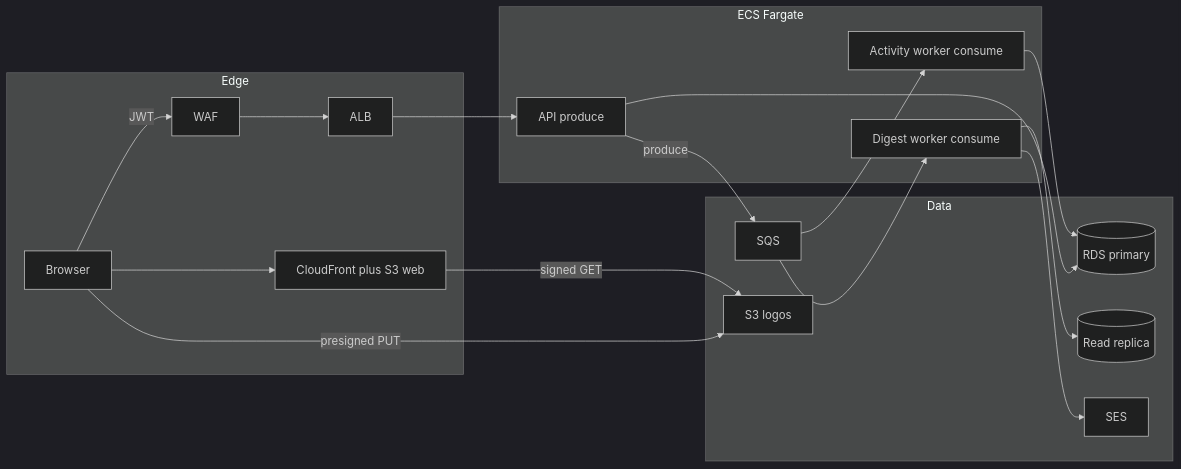
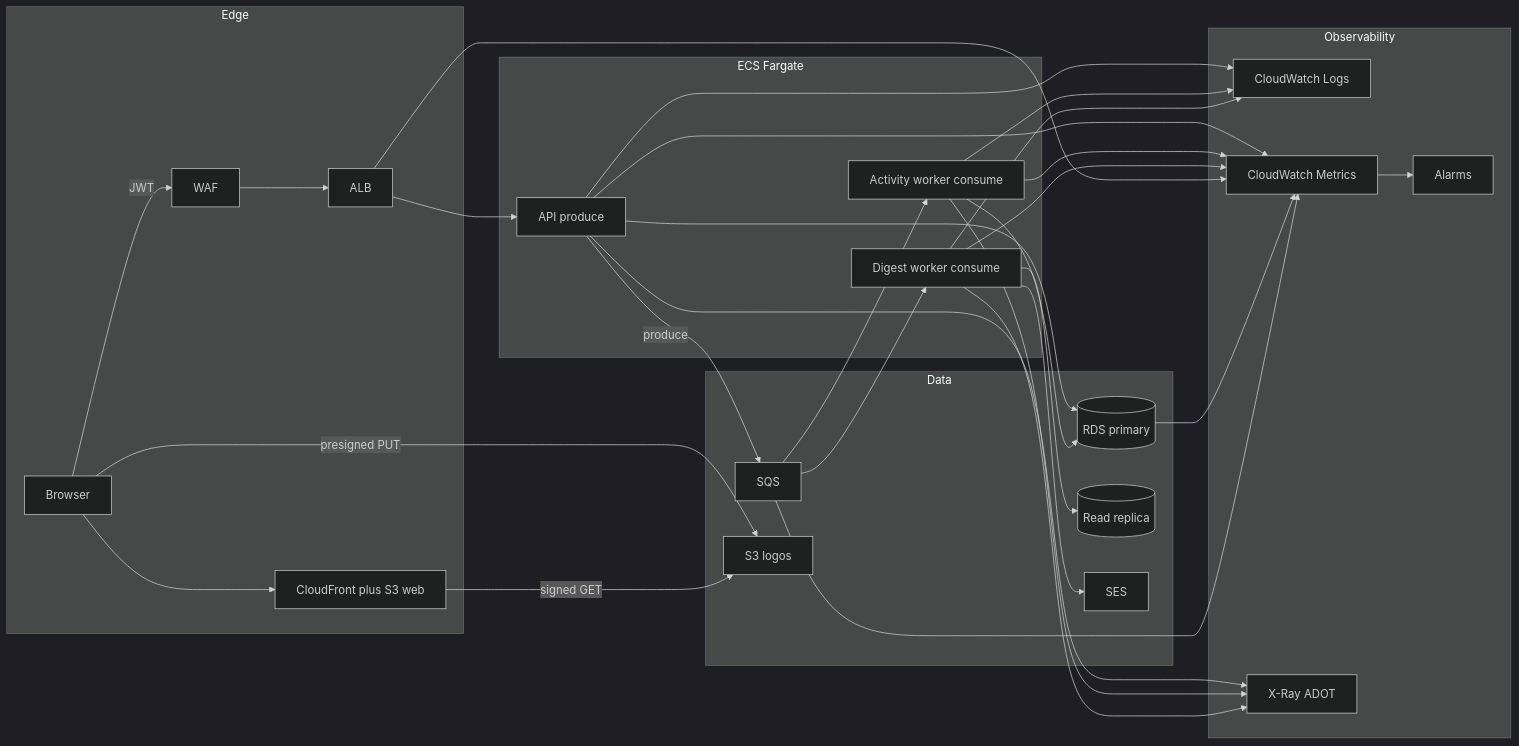
The first of 8 diagrams in docs/flows.md (mashaole/multitenant), drawn with Mermaid (dark theme) before and after one commit. The commit also changed other lines of this file, not shown here.

Commit message:
docs: expand observability section in flows.md
Add a new subgraph for observability components, including CloudWatch Logs, Metrics, and X-Ray integration. Update flowchart to reflect the flow of data through these observability tools, enhancing clarity on monitoring and alerting strategies.

````diff
--- a/docs/flows.md
+++ b/docs/flows.md
@@ -11,32 +11,51 @@
 ```mermaid
 flowchart LR
   subgraph edge [Edge]
     Browser[Browser]
     CF[CloudFront plus S3 web]
     WAF[WAF]
     ALB[ALB]
   end
   subgraph compute [ECS Fargate]
     API[API produce]
     ActW[Activity worker consume]
     DigW[Digest worker consume]
   end
   subgraph data [Data]
     RDS[(RDS primary)]
     Replica[(Read replica)]
     SQS[SQS]
     SES[SES]
     Logos[S3 logos]
   end
+  subgraph observe [Observability]
+    CWLogs[CloudWatch Logs]
+    CWMet[CloudWatch Metrics]
+    XRay[X-Ray ADOT]
+    Alarms[Alarms]
+  end
   Browser --> CF
   Browser -->|JWT| WAF --> ALB --> API
   Browser -->|presigned PUT| Logos
   CF -->|signed GET| Logos
   API --> RDS
   API -->|produce| SQS
   SQS --> ActW
   SQS --> DigW
   ActW --> RDS
   DigW --> Replica
   DigW --> SES
+  API --> CWLogs
+  ActW --> CWLogs
+  DigW --> CWLogs
+  API --> CWMet
+  ActW --> CWMet
+  DigW --> CWMet
+  ALB --> CWMet
+  RDS --> CWMet
+  SQS --> CWMet
+  API --> XRay
+  ActW --> XRay
+  DigW --> XRay
+  CWMet --> Alarms
 ```
````
